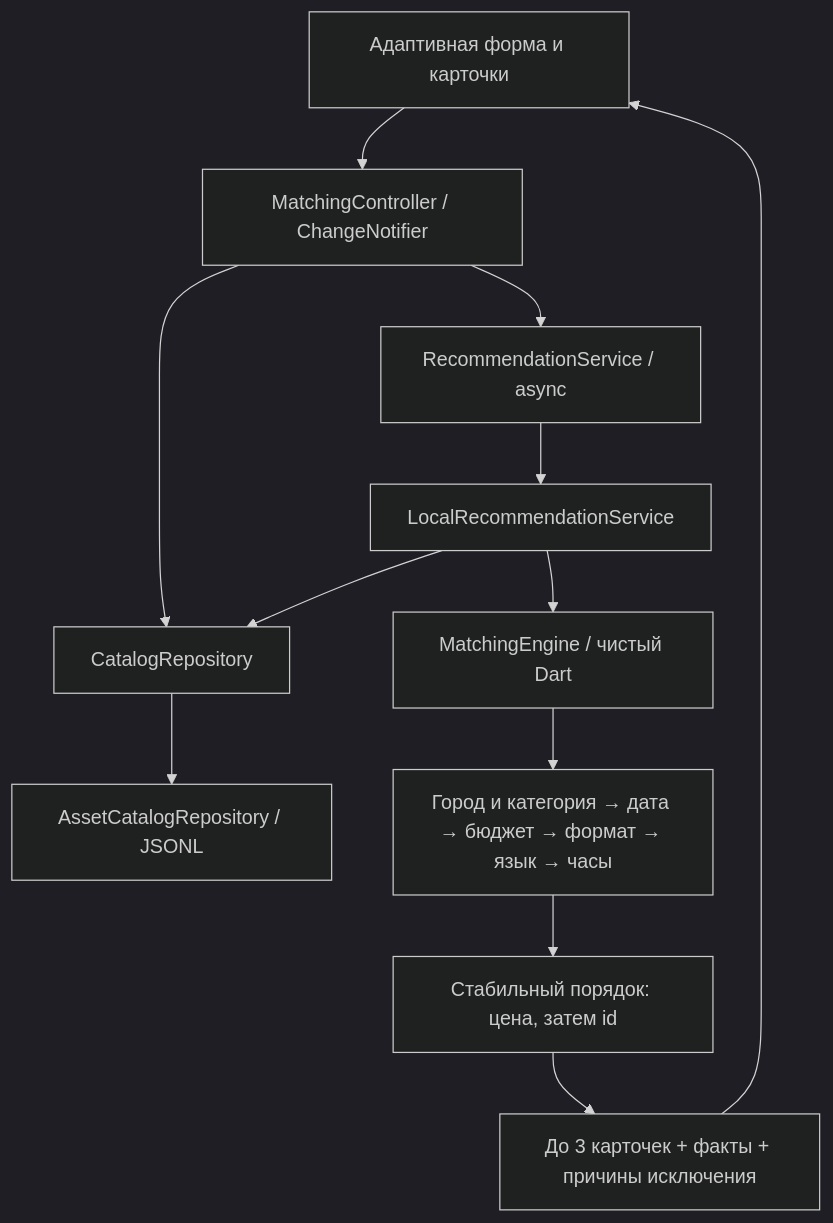
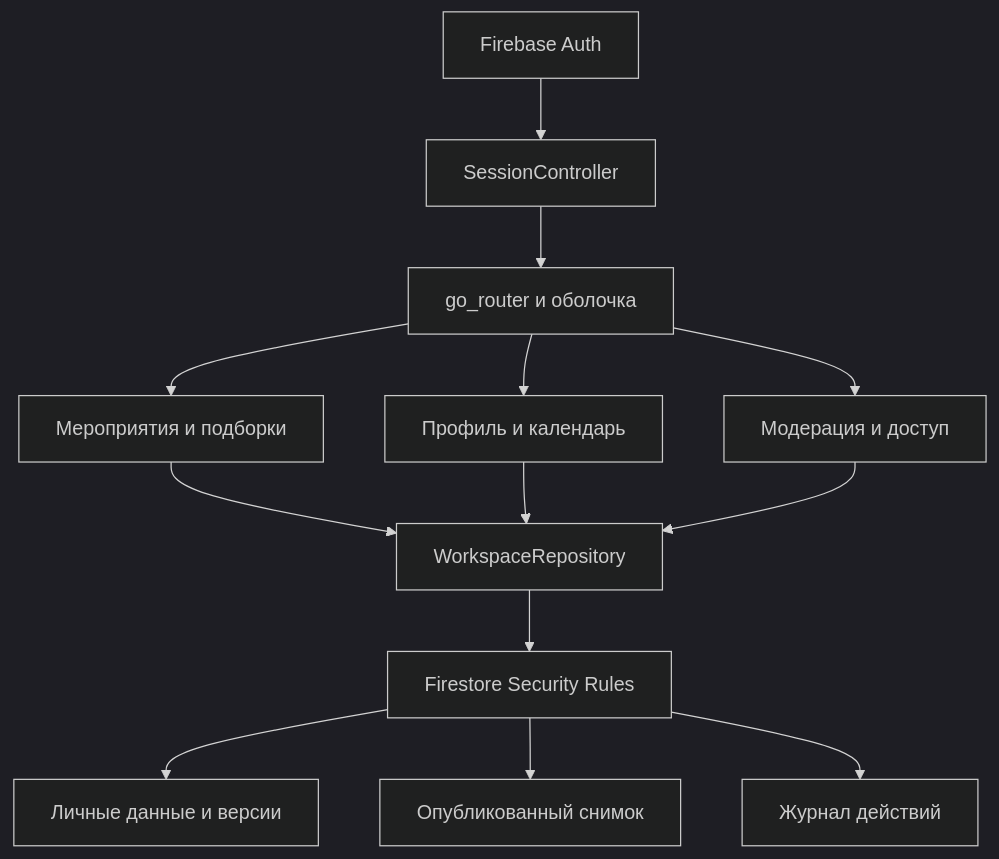
The diagram in docs/architecture.md (BAITC-Hacks/hack-d2c4660e-aipunks), drawn with Mermaid (dark theme) before and after one commit. The commit also changed other lines of this file and 47 other files, not shown here.

````diff
--- a/docs/architecture.md
+++ b/docs/architecture.md
@@ -9,14 +7,15 @@
 ```mermaid
 flowchart TD
-  View[Адаптивная форма и карточки] --> Controller[MatchingController / ChangeNotifier]
-  Controller --> Repository[CatalogRepository]
-  Repository --> Asset[AssetCatalogRepository / JSONL]
-  Controller --> Service[RecommendationService / async]
-  Service --> Local[LocalRecommendationService]
-  Local --> Repository
-  Local --> Engine[MatchingEngine / чистый Dart]
-  Engine --> Filters[Город и категория → дата → бюджет → формат → язык → часы]
-  Filters --> Rank[Стабильный порядок: цена, затем id]
-  Rank --> Result[До 3 карточек + факты + причины исключения]
-  Result --> View
+  Auth[Firebase Auth] --> Session[SessionController]
+  Session --> Routes[go_router и оболочка]
+  Routes --> Client[Мероприятия и подборки]
+  Routes --> Supplier[Профиль и календарь]
+  Routes --> Admin[Модерация и доступ]
+  Client --> Repository[WorkspaceRepository]
+  Supplier --> Repository
+  Admin --> Repository
+  Repository --> Rules[Firestore Security Rules]
+  Rules --> Private[Личные данные и версии]
+  Rules --> Public[Опубликованный снимок]
+  Rules --> Audit[Журнал действий]
 ```
````
